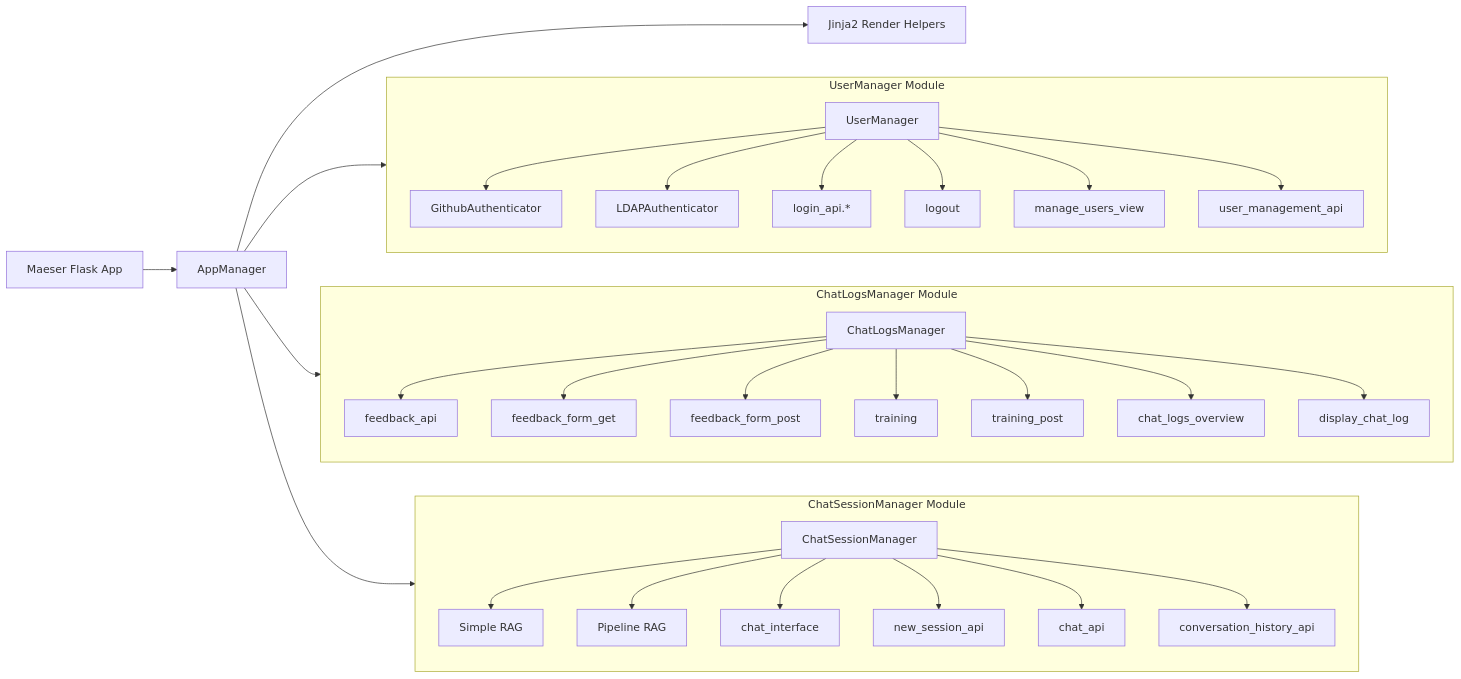
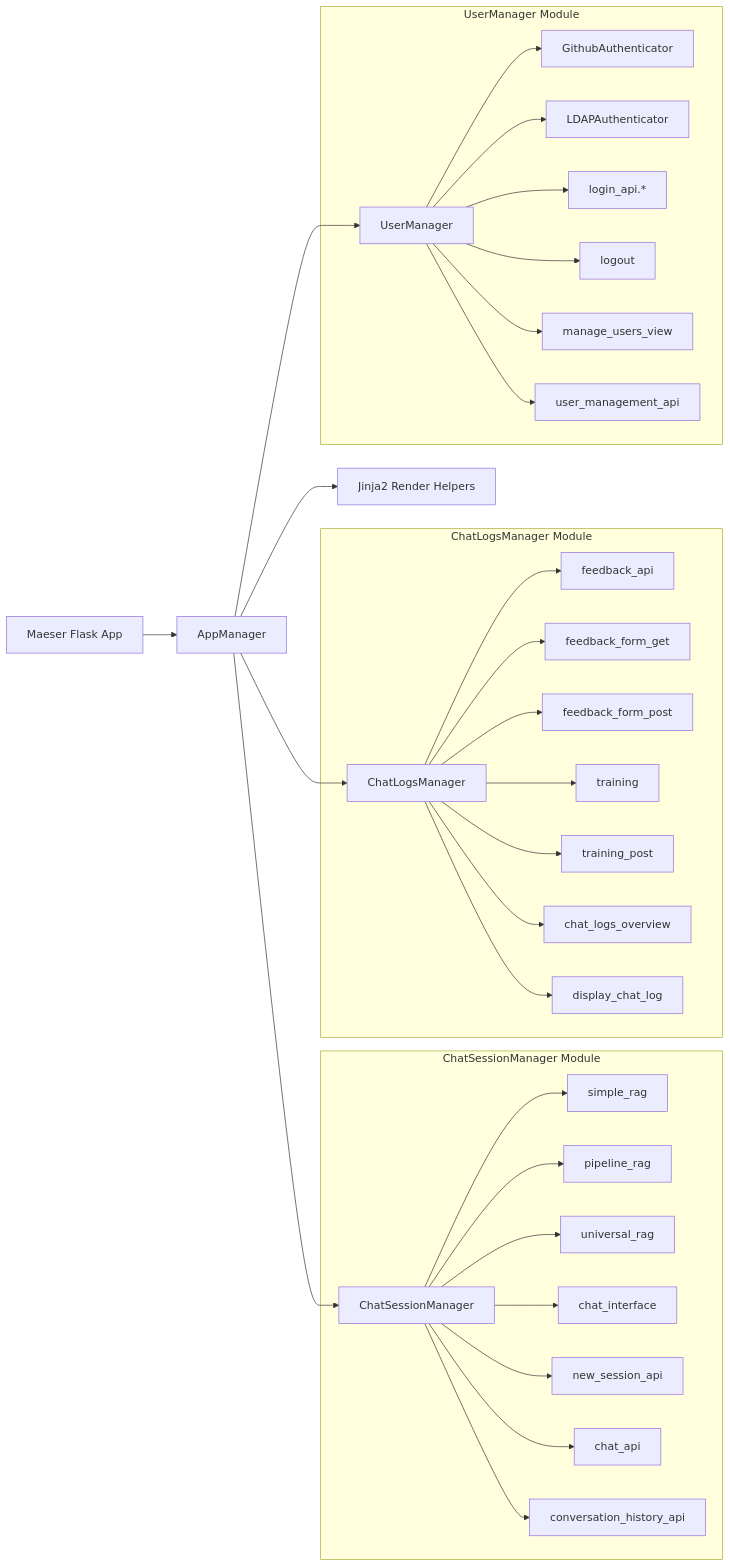
The diagram in sphinx-docs/development/architecture.md (byu-cpe/Maeser), drawn with Mermaid before and after one commit. The commit also changed other lines of this file, not shown here.

Commit message:
revise architecture.md

````diff
--- a/sphinx-docs/development/architecture.md
+++ b/sphinx-docs/development/architecture.md
@@ -5,49 +5,46 @@
-```{mermaid}
+```mermaid
 flowchart LR
   %% Root Flask orchestrator
-  A0["Maeser Flask App"] --> A1["AppManager"]
+  flask_app["Maeser Flask App"] --> AppManager
 
   %% ChatSessionManager Module
   subgraph ChatModule["ChatSessionManager Module"]
-    direction TB
-    B0["ChatSessionManager"]
-    B0 --> B1["Simple RAG"]
-    B0 --> B2["Pipeline RAG"]
-    B0 --> B3["chat_interface"]
-    B0 --> B4["new_session_api"]
-    B0 --> B5["chat_api"]
-    B0 --> B6["conversation_history_api"]
+    CSM["ChatSessionManager"]
+    CSM --> simple_rag
+    CSM --> pipeline_rag
+    CSM --> universal_rag
+    CSM --> chat_interface
+    CSM --> new_session_api
+    CSM --> chat_api
+    CSM --> conversation_history_api
   end
-  A1 --> B0
+  AppManager --> CSM
 
   %% ChatLogsManager Module
   subgraph LogsModule["ChatLogsManager Module"]
-    direction TB
-    E0["ChatLogsManager"]
-    E0 --> E1["feedback_api"]
-    E0 --> E2["feedback_form_get"]
-    E0 --> E3["feedback_form_post"]
-    E0 --> E4["training"]
-    E0 --> E5["training_post"]
-    E0 --> E6["chat_logs_overview"]
-    E0 --> E7["display_chat_log"]
+    CLM["ChatLogsManager"]
+    CLM --> feedback_api
+    CLM --> feedback_form_get
+    CLM --> feedback_form_post
+    CLM --> training
+    CLM --> training_post
+    CLM --> chat_logs_overview
+    CLM --> display_chat_log
   end
-  A1 --> E0
+  AppManager --> CLM
 
   %% UserManager Module
   subgraph UserModule["UserManager Module"]
-    direction TB
-    C0["UserManager"]
-    C0 --> C1["GithubAuthenticator"]
-    C0 --> C2["LDAPAuthenticator"]
-    C0 --> C3["login_api.*"]
-    C0 --> C4["logout"]
-    C0 --> C5["manage_users_view"]
-    C0 --> C6["user_management_api"]
+    UM["UserManager"]
+    UM --> GithubAuthenticator
+    UM --> LDAPAuthenticator
+    UM --> login_api["login_api.*"]
+    UM --> logout
+    UM --> manage_users_view
+    UM --> user_management_api
   end
-  A1 --> C0
+  AppManager --> UM
 
   %% Jinja2 helpers
-  A1 --> D0["Jinja2 Render Helpers"]
-
+  AppManager --> jinja2["Jinja2 Render Helpers"]
 ```
````
